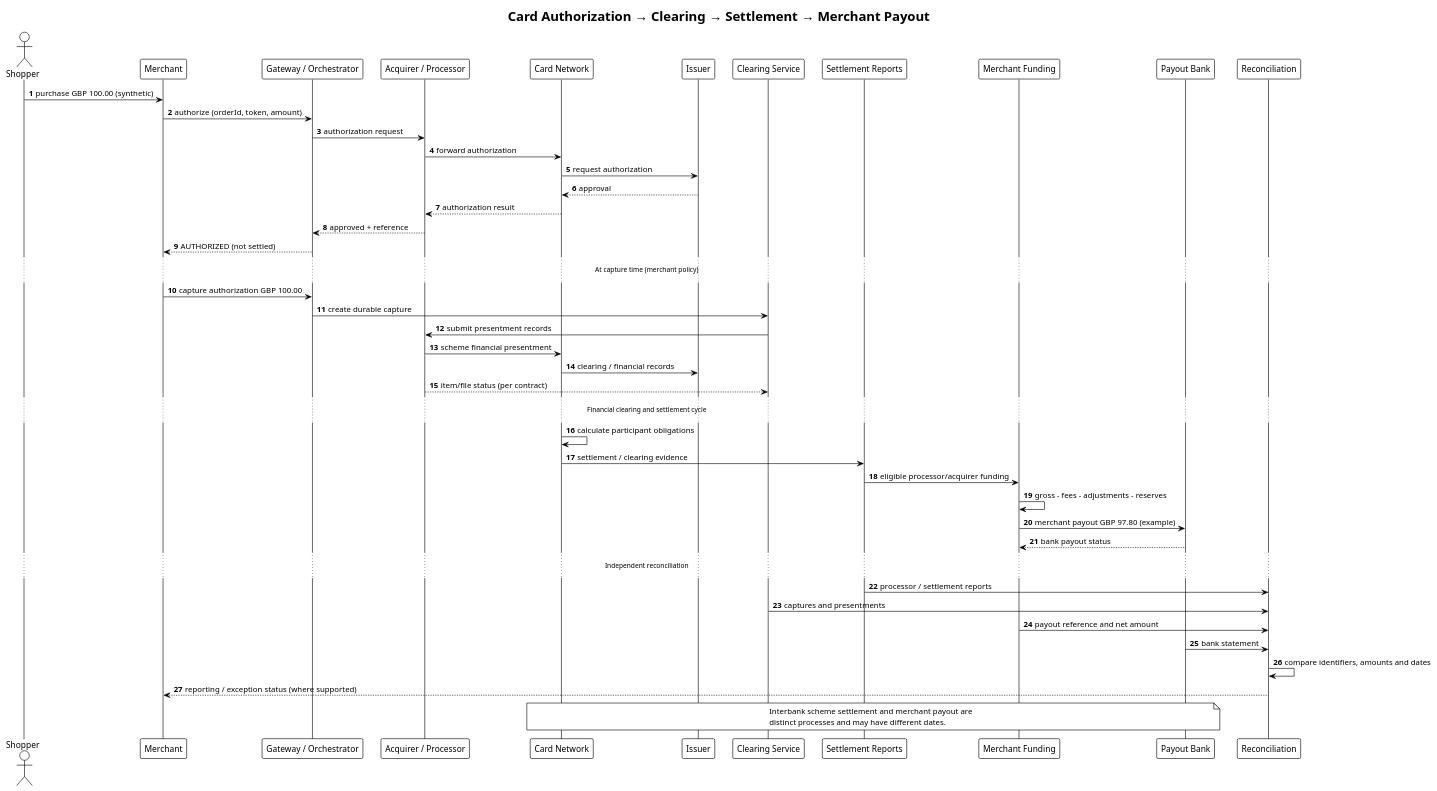
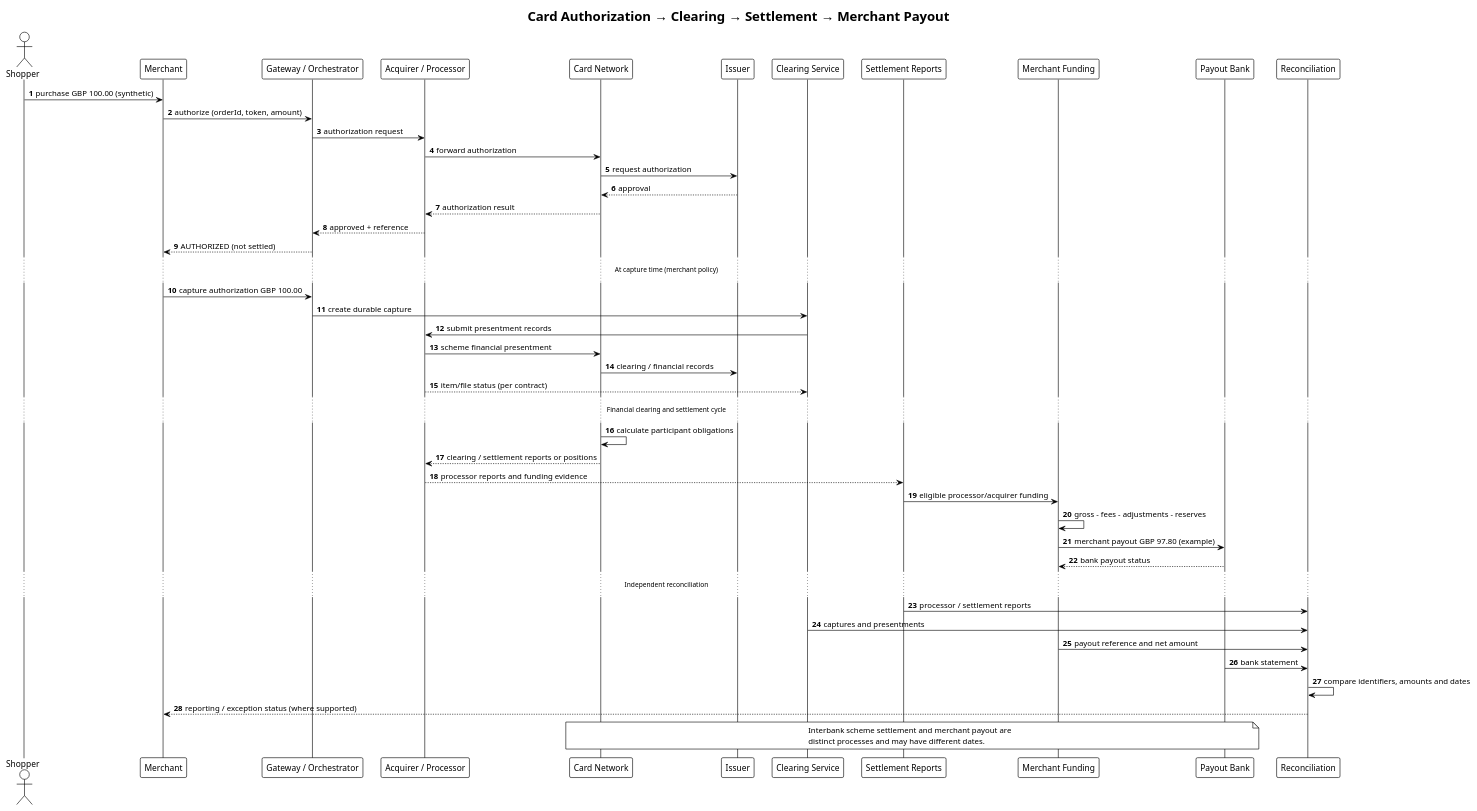
One commit to SergeiBudnik/architecture-analysis-hub changed the diagram in diagrams/clearing-settlement-sequence.puml. Above: the diagram before and after it, drawn with PlantUML. The commit also changed 6 other files, not shown here.

Commit message:
Link clearing reference from portal, release notes and acquiring architecture

```diff
--- a/diagrams/clearing-settlement-sequence.puml
+++ b/diagrams/clearing-settlement-sequence.puml
@@ -1,55 +1,56 @@
 @startuml
 !theme plain
 title Card Authorization → Clearing → Settlement → Merchant Payout
 autonumber
 actor Shopper
 participant "Merchant" as Merchant
 participant "Gateway / Orchestrator" as Gateway
 participant "Acquirer / Processor" as Acquirer
 participant "Card Network" as Network
 participant "Issuer" as Issuer
 participant "Clearing Service" as Clearing
 participant "Settlement Reports" as Reports
 participant "Merchant Funding" as Funding
 participant "Payout Bank" as Bank
 participant "Reconciliation" as Recon
 
 Shopper -> Merchant : purchase GBP 100.00 (synthetic)
 Merchant -> Gateway : authorize (orderId, token, amount)
 Gateway -> Acquirer : authorization request
 Acquirer -> Network : forward authorization
 Network -> Issuer : request authorization
 Issuer --> Network : approval
 Network --> Acquirer : authorization result
 Acquirer --> Gateway : approved + reference
 Gateway --> Merchant : AUTHORIZED (not settled)
 
 ... At capture time (merchant policy) ...
 Merchant -> Gateway : capture authorization GBP 100.00
 Gateway -> Clearing : create durable capture
 Clearing -> Acquirer : submit presentment records
 Acquirer -> Network : scheme financial presentment
 Network -> Issuer : clearing / financial records
 Acquirer --> Clearing : item/file status (per contract)
 
 ... Financial clearing and settlement cycle ...
 Network -> Network : calculate participant obligations
-Network -> Reports : settlement / clearing evidence
+Network --> Acquirer : clearing / settlement reports or positions
+Acquirer --> Reports : processor reports and funding evidence
 Reports -> Funding : eligible processor/acquirer funding
 Funding -> Funding : gross - fees - adjustments - reserves
 Funding -> Bank : merchant payout GBP 97.80 (example)
 Bank --> Funding : bank payout status
 
 ... Independent reconciliation ...
 Reports -> Recon : processor / settlement reports
 Clearing -> Recon : captures and presentments
 Funding -> Recon : payout reference and net amount
 Bank -> Recon : bank statement
 Recon -> Recon : compare identifiers, amounts and dates
 Recon --> Merchant : reporting / exception status (where supported)
 
 note over Network,Bank
 Interbank scheme settlement and merchant payout are
 distinct processes and may have different dates.
 end note
 @enduml
```
